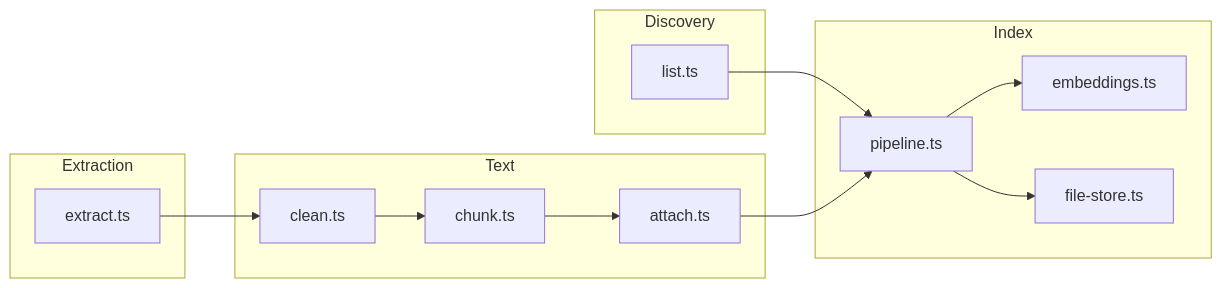
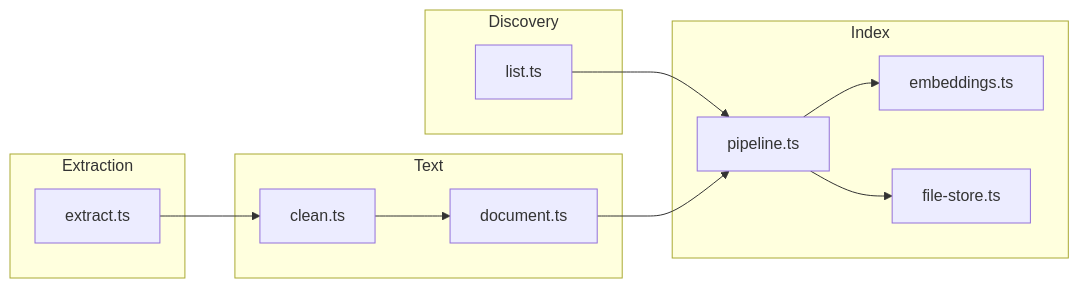
The second of 5 diagrams in docs/architecture/overview.md (mayad123/pdfToRagAI), drawn with Mermaid before and after one commit. The commit also changed other lines of this file and 66 other files, not shown here.

First line of the commit message:
feat: Phase 7 portfolio artifacts, CI/publish, stable README mermaid

````diff
--- a/docs/architecture/overview.md
+++ b/docs/architecture/overview.md
@@ -91,26 +91,24 @@
 ```mermaid
 flowchart LR
   subgraph discover [Discovery]
     L[list.ts]
   end
   subgraph extract [Extraction]
     E[extract.ts]
   end
   subgraph text [Text]
     CL[clean.ts]
-    CH[chunk.ts]
-    AT[attach.ts]
+    DOC[document.ts]
   end
   subgraph index [Index]
     P[pipeline.ts]
     EM[embeddings.ts]
     FS[file-store.ts]
   end
   L --> P
   E --> CL
-  CL --> CH
-  CH --> AT
-  AT --> P
+  CL --> DOC
+  DOC --> P
   P --> EM
   P --> FS
 ```
````
